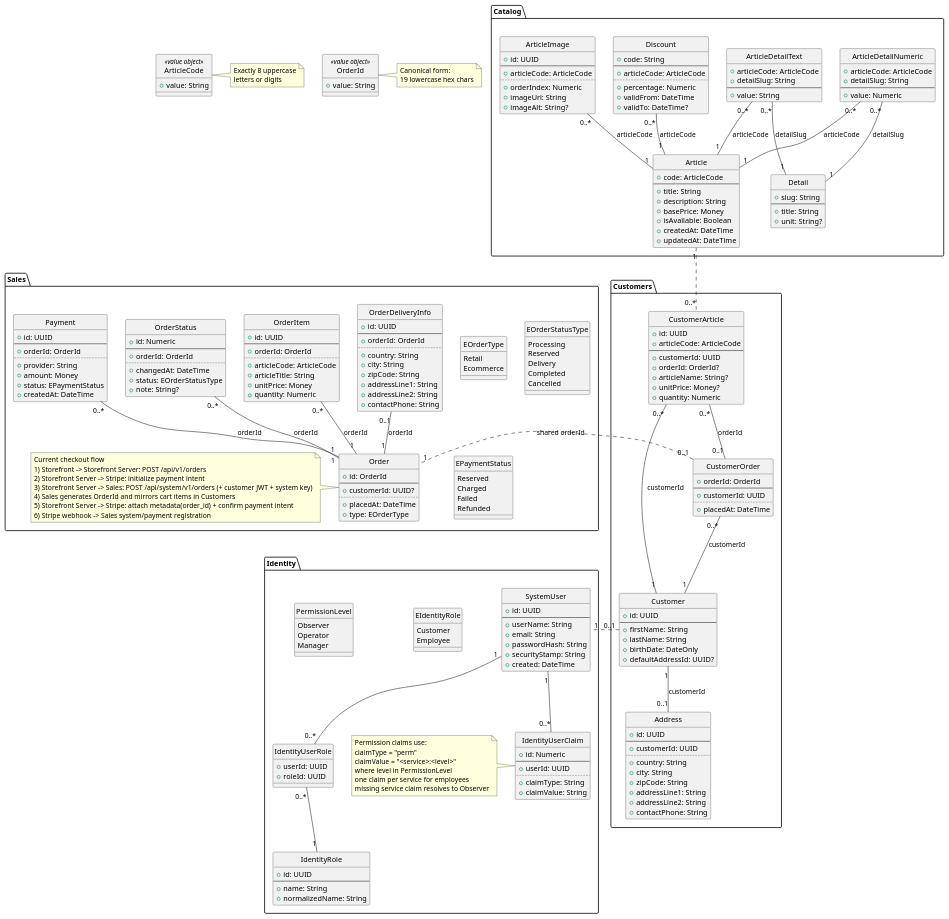
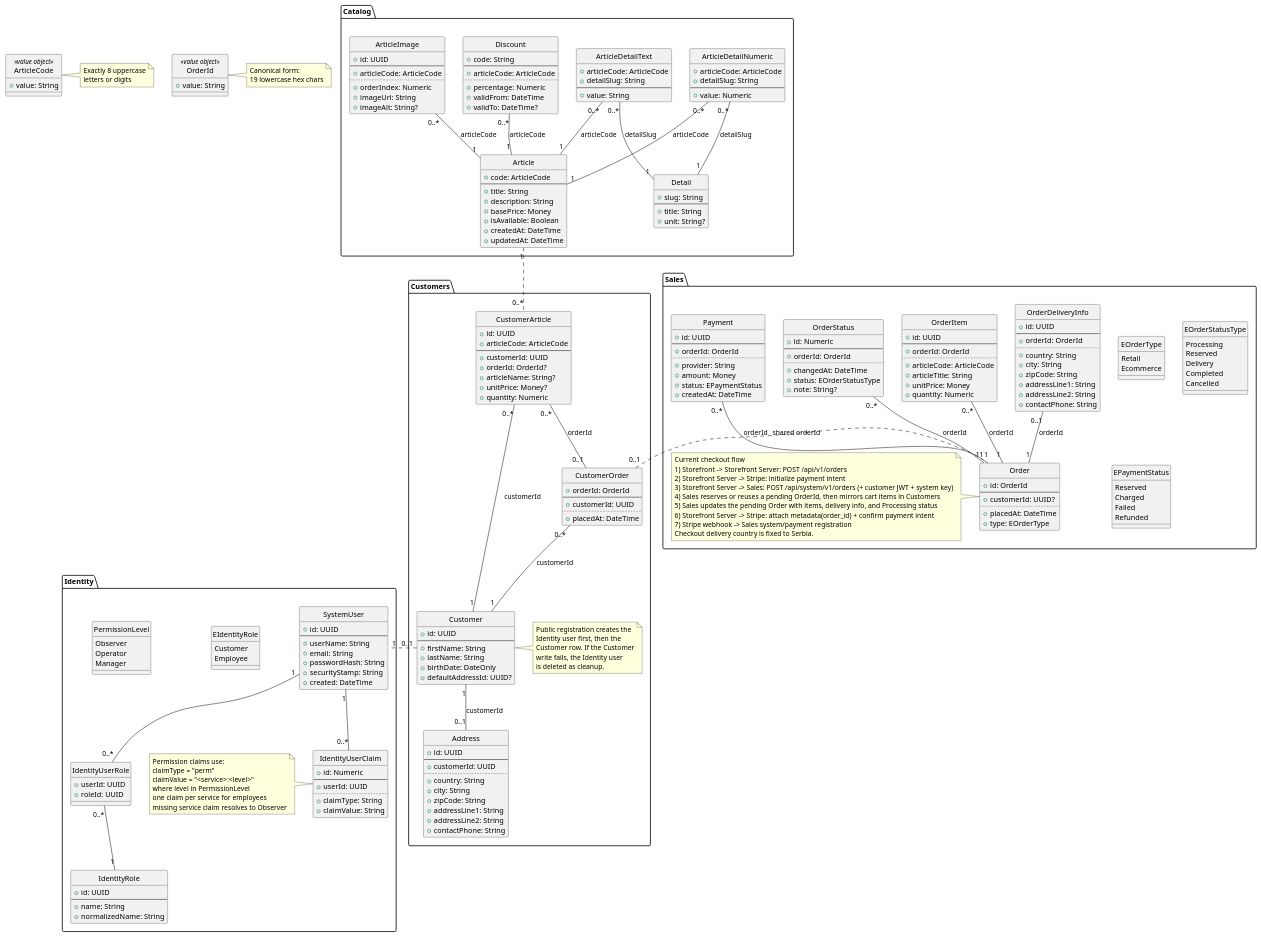
Before and after one commit to draganovik/matterway: the diagram in docs/HLD Platform - Class Diagram.puml, drawn with PlantUML. The commit also changed 59 other files, not shown here.

```diff
--- a/docs/HLD Platform - Class Diagram.puml
+++ b/docs/HLD Platform - Class Diagram.puml
@@ -180,6 +180,14 @@
     +placedAt: DateTime
   }
 
+  note right of Customer
+    Public registration creates the
+    Identity user first, then the
+    Customer row. If the Customer
+    write fails, the Identity user
+    is deleted as cleanup.
+  end note
+
   CustomerOrder "0..*" -- "1" Customer : customerId
   Customer "1" -- "0..1" Address : customerId
   CustomerArticle "0..*" -- "1" Customer : customerId
@@ -225,9 +233,11 @@
     1) Storefront -> Storefront Server: POST /api/v1/orders
     2) Storefront Server -> Stripe: initialize payment intent
     3) Storefront Server -> Sales: POST /api/system/v1/orders (+ customer JWT + system key)
-    4) Sales generates OrderId and mirrors cart items in Customers
-    5) Storefront Server -> Stripe: attach metadata(order_id) + confirm payment intent
-    6) Stripe webhook -> Sales system/payment registration
+    4) Sales reserves or reuses a pending OrderId, then mirrors cart items in Customers
+    5) Sales updates the pending Order with items, delivery info, and Processing status
+    6) Storefront Server -> Stripe: attach metadata(order_id) + confirm payment intent
+    7) Stripe webhook -> Sales system/payment registration
+    Checkout delivery country is fixed to Serbia.
   end note
 
   enum EOrderType {
```
